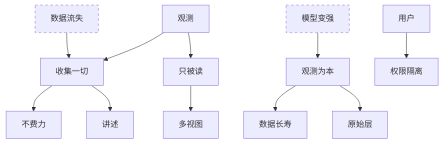
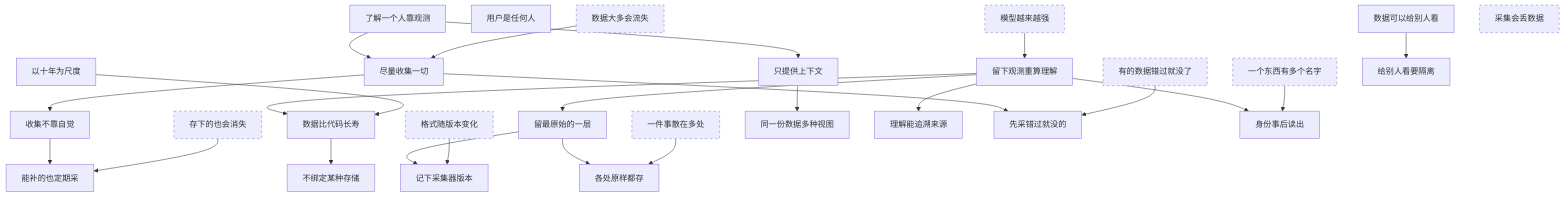
One commit to shenxianovo/Orisumi changed the diagram in src/Docs/Orisumi.Docs/content/docs/requirements/belief.mdx. Above: the diagram before and after it, drawn with Mermaid. The commit also changed other lines of this file and 14 other files, not shown here.

````diff
--- a/src/Docs/Orisumi.Docs/content/docs/requirements/belief.mdx
+++ b/src/Docs/Orisumi.Docs/content/docs/requirements/belief.mdx
@@ -16,45 +16,85 @@
 ```mermaid
 flowchart TD
-  observe["观测"]
-  user["用户"]
-  models["模型变强"]
-  loss["数据流失"]
+  observe["了解一个人靠观测"]
+  user["用户是任何人"]
+  share["数据可以给别人看"]
+  decades["以十年为尺度"]
+  models["模型越来越强"]
+  loss["数据大多会流失"]
+  transient["有的数据错过就没了"]
+  dropped["采集会丢数据"]
+  formats["格式随版本变化"]
+  names["一个东西有多个名字"]
+  scattered["一件事散在多处"]
+  vanish["存下的也会消失"]
 
-  collect["收集一切"]
-  observationFirst["观测为本"]
-  durable["数据长寿"]
-  readOnly["只被读"]
-  rawest["原始层"]
-  effortless["不费力"]
-  narration["讲述"]
-  views["多视图"]
-  isolation["权限隔离"]
+  collect["尽量收集一切"]
+  observationFirst["留下观测重算理解"]
+  durable["数据比代码长寿"]
+  storage["不绑定某种存储"]
+  context["只提供上下文"]
+  rawest["留最原始的一层"]
+  effortless["收集不靠自觉"]
+  views["同一份数据多种视图"]
+  trace["理解能追溯来源"]
+  isolation["给别人看要隔离"]
+  transientFirst["先采错过就没的"]
+  version["记下采集器版本"]
+  identity["身份事后读出"]
+  everywhere["各处原样都存"]
+  revisit["能补的也定期采"]
 
   observe --> collect
   loss --> collect
   models --> observationFirst
   observationFirst --> durable
-  observe --> readOnly
+  decades --> durable
+  durable --> storage
+  observe --> context
   observationFirst --> rawest
   collect --> effortless
-  collect --> narration
-  readOnly --> views
-  user --> isolation
+  context --> views
+  observationFirst --> trace
+  share --> isolation
+  collect --> transientFirst
+  transient --> transientFirst
+  rawest --> version
+  formats --> version
+  observationFirst --> identity
+  names --> identity
+  rawest --> everywhere
+  scattered --> everywhere
+  effortless --> revisit
+  vanish --> revisit
 
   classDef hypothesis stroke-dasharray: 5 5
-  class models,loss hypothesis
+  class models,loss,transient,dropped,formats,names,scattered,vanish hypothesis
 
-  click observe href "#观测"
-  click user href "#用户"
-  click models href "#模型变强"
-  click loss href "#数据流失"
-  click collect href "#收集一切"
-  click observationFirst href "#观测为本"
-  click durable href "#数据长寿"
-  click readOnly href "#只被读"
-  click rawest href "#原始层"
-  click effortless href "#不费力"
-  click narration href "#讲述"
-  click views href "#多视图"
-  click isolation href "#权限隔离"
+  click observe href "#了解一个人靠观测"
+  click user href "#用户是任何人"
+  click share href "#数据可以给别人看"
+  click decades href "#以十年为尺度"
+  click models href "#模型越来越强"
+  click loss href "#数据大多会流失"
+  click transient href "#有的数据错过就没了"
+  click dropped href "#采集会丢数据"
+  click formats href "#格式随版本变化"
+  click names href "#一个东西有多个名字"
+  click scattered href "#一件事散在多处"
+  click vanish href "#存下的也会消失"
+  click collect href "#尽量收集一切"
+  click observationFirst href "#留下观测重算理解"
+  click durable href "#数据比代码长寿"
+  click storage href "#不绑定某种存储"
+  click context href "#只提供上下文"
+  click rawest href "#留最原始的一层"
+  click effortless href "#收集不靠自觉"
+  click views href "#同一份数据多种视图"
+  click trace href "#理解能追溯来源"
+  click isolation href "#给别人看要隔离"
+  click transientFirst href "#先采错过就没的"
+  click version href "#记下采集器版本"
+  click identity href "#身份事后读出"
+  click everywhere href "#各处原样都存"
+  click revisit href "#能补的也定期采"
 ```
````
